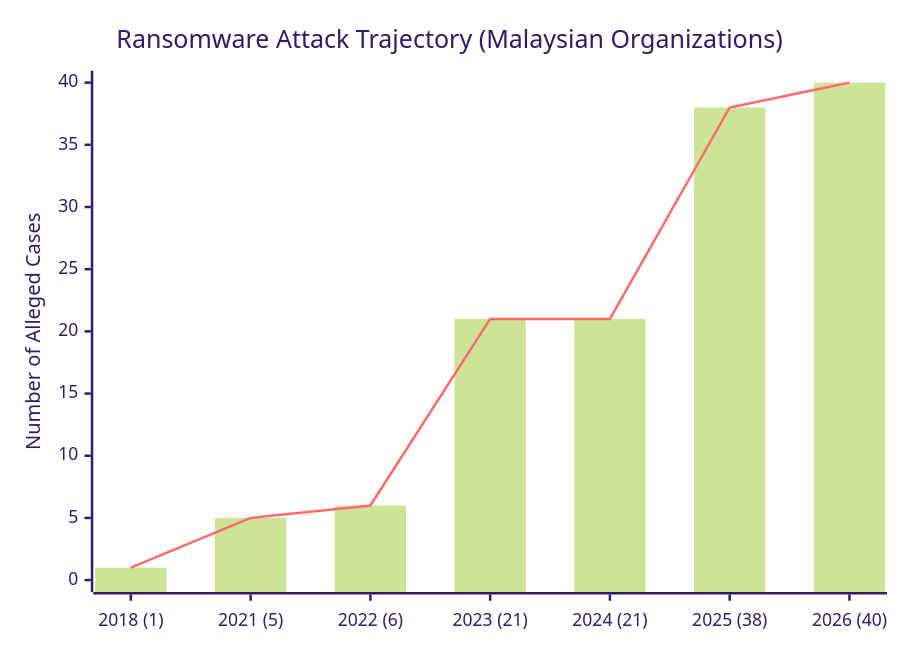
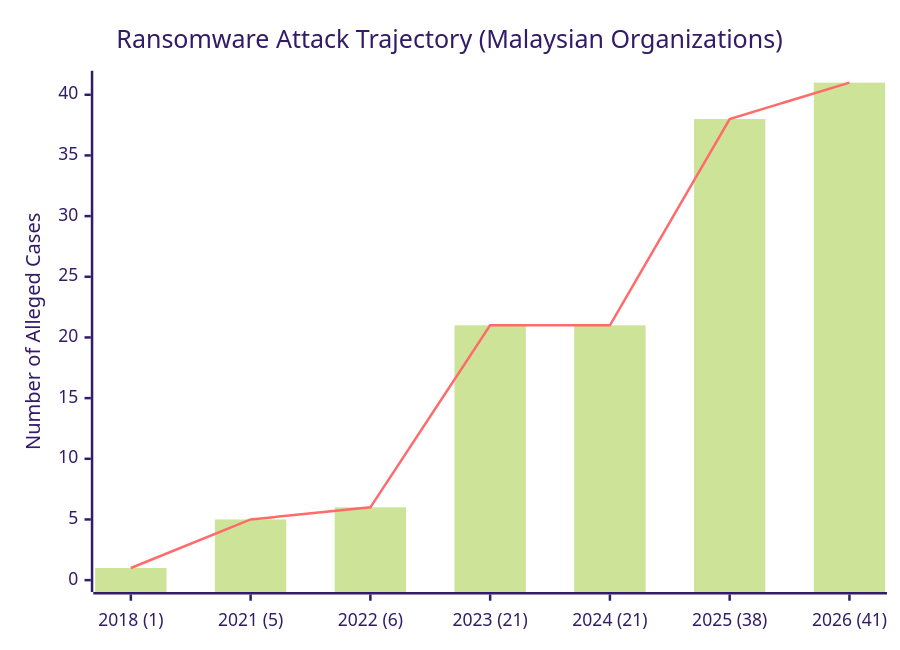
Before and after one commit to rectifyq/site: the first of 4 diagrams in content/my-threat-landscape/ransomware.md, drawn with Mermaid (forest theme). The commit also changed other lines of this file, not shown here.

Commit message:
Quartz sync: Jul 28, 2026, 6:30 AM

````diff
--- a/content/my-threat-landscape/ransomware.md
+++ b/content/my-threat-landscape/ransomware.md
@@ -16,8 +16,8 @@
 ```mermaid
 xychart-beta
     title "Ransomware Attack Trajectory (Malaysian Organizations)"
-    x-axis ["2018 (1)", "2021 (5)", "2022 (6)", "2023 (21)", "2024 (21)", "2025 (38)", "2026 (40)"]
-    y-axis "Number of Alleged Cases" 0 --> 40
-    bar [1, 5, 6, 21, 21, 38, 40]
-    line [1, 5, 6, 21, 21, 38, 40]
+    x-axis ["2018 (1)", "2021 (5)", "2022 (6)", "2023 (21)", "2024 (21)", "2025 (38)", "2026 (41)"]
+    y-axis "Number of Alleged Cases" 0 --> 41
+    bar [1, 5, 6, 21, 21, 38, 41]
+    line [1, 5, 6, 21, 21, 38, 41]
 ```
````
